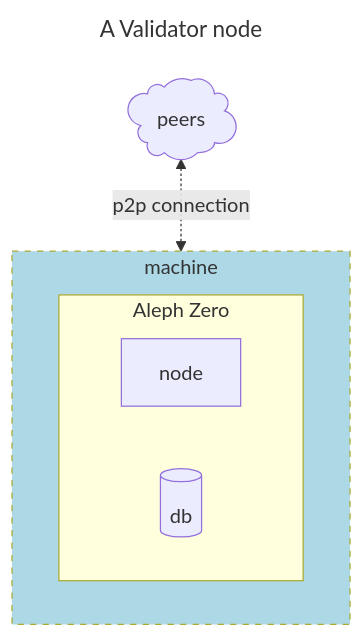
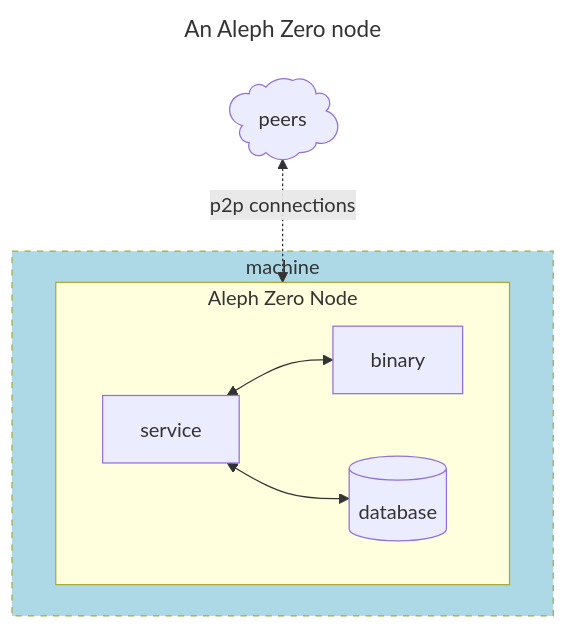
Before and after one commit to azero-fans/website: the second of 3 diagrams in docs/02-nodes/1-generic/index.md, drawn with Mermaid. The commit also changed other lines of this file and 1 other file, not shown here.

````diff
--- a/docs/02-nodes/1-generic/index.md
+++ b/docs/02-nodes/1-generic/index.md
@@ -11,17 +41,15 @@
 ```mermaid
 ---
-title: A Validator node
+title: An Aleph Zero node 
 ---
 
 flowchart TB
-   cloud1@{ shape: cloud, label: "peers" } <-. "p2p connection" .-> node
+   cloud1@{ shape: cloud, label: "peers" } <-. "p2p connections" .-> box2
    subgraph box1 [machine]
-      direction LR
       style box1 fill:lightblue,stroke-dasharray: 5 5
-      subgraph box2 [Aleph Zero]
-         direction LR
-         node
-         db1@{ shape: cyl, label: "db" }
+      subgraph box2 [Aleph Zero Node]
+         service <--> binary
+         service <--> db1@{ shape: cyl, label: "database" }
       end
    end
 ```
````
